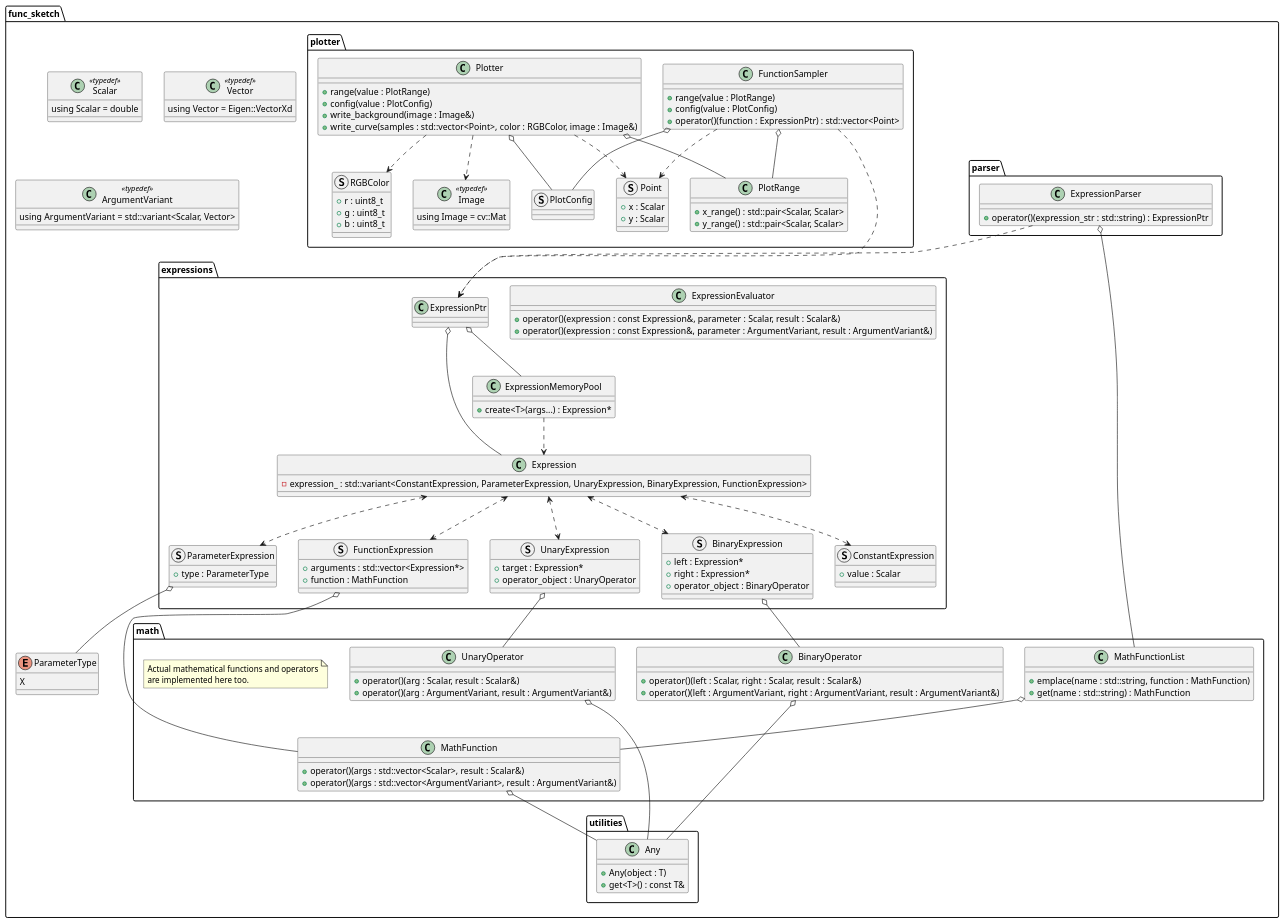
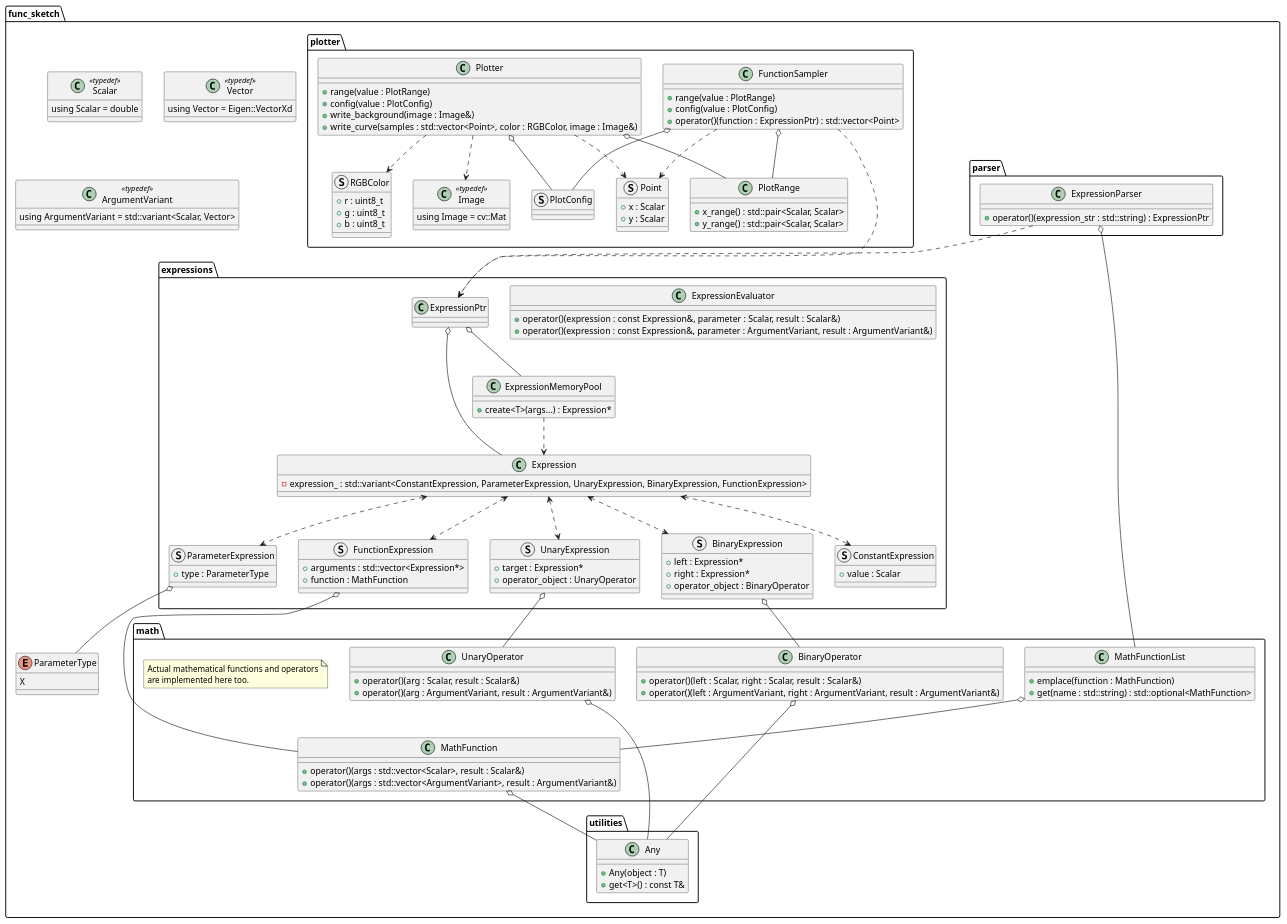
One commit to MusicScience37/FuncSketch changed the diagram in docs/sphinx/design_notes/classes_cpp.puml. Above: the diagram before and after it, drawn with PlantUML. The commit also changed 8 other files, not shown here.

```diff
--- a/docs/sphinx/design_notes/classes_cpp.puml
+++ b/docs/sphinx/design_notes/classes_cpp.puml
@@ -1,166 +1,166 @@
 @startuml classes_cpp
 
 package func_sketch {
     class Scalar <<typedef>> {
         using Scalar = double
     }
 
     class Vector <<typedef>> {
         using Vector = Eigen::VectorXd
     }
 
     class ArgumentVariant <<typedef>> {
         using ArgumentVariant = std::variant<Scalar, Vector>
     }
 
     enum ParameterType {
         X
     }
 
     package utilities {
         class Any {
             + Any(object : T)
             + get<T>() : const T&
         }
     }
 
     package math {
         class UnaryOperator {
             + operator()(arg : Scalar, result : Scalar&)
             + operator()(arg : ArgumentVariant, result : ArgumentVariant&)
         }
         UnaryOperator o-- Any
 
         class BinaryOperator {
             + operator()(left : Scalar, right : Scalar, result : Scalar&)
             + operator()(left : ArgumentVariant, right : ArgumentVariant, result : ArgumentVariant&)
         }
         BinaryOperator o-- Any
 
         class MathFunction {
             + operator()(args : std::vector<Scalar>, result : Scalar&)
             + operator()(args : std::vector<ArgumentVariant>, result : ArgumentVariant&)
         }
         MathFunction o-- Any
 
         class MathFunctionList {
-            + emplace(name : std::string, function : MathFunction)
-            + get(name : std::string) : MathFunction
+            + emplace(function : MathFunction)
+            + get(name : std::string) : std::optional<MathFunction>
         }
         MathFunctionList o-- MathFunction
 
         note as math_functions_note
             Actual mathematical functions and operators
             are implemented here too.
         end note
     }
 
     package expressions {
         class Expression {
             - expression_ : std::variant<ConstantExpression, ParameterExpression, UnaryExpression, BinaryExpression, FunctionExpression>
         }
 
         struct ConstantExpression {
             + value : Scalar
         }
         Expression <..> ConstantExpression
 
         struct ParameterExpression {
             + type : ParameterType
         }
         Expression <..> ParameterExpression
         ParameterExpression o-- ParameterType
 
         struct UnaryExpression {
             + target : Expression*
             + operator_object : UnaryOperator
         }
         Expression <..> UnaryExpression
         UnaryExpression o-- UnaryOperator
 
         struct BinaryExpression {
             + left : Expression*
             + right : Expression*
             + operator_object : BinaryOperator
         }
         Expression <..> BinaryExpression
         BinaryExpression o-- BinaryOperator
 
         struct FunctionExpression {
             + arguments : std::vector<Expression*>
             + function : MathFunction
         }
         Expression <..> FunctionExpression
         FunctionExpression o-- MathFunction
 
         class ExpressionMemoryPool {
             + create<T>(args...) : Expression*
         }
         ExpressionMemoryPool ..> Expression
 
         class ExpressionEvaluator {
             + operator()(expression : const Expression&, parameter : Scalar, result : Scalar&)
             + operator()(expression : const Expression&, parameter : ArgumentVariant, result : ArgumentVariant&)
         }
 
         class ExpressionPtr
         ExpressionPtr o-- Expression
         ExpressionPtr o-- ExpressionMemoryPool
     }
 
     package parser {
         class ExpressionParser {
             + operator()(expression_str : std::string) : ExpressionPtr
         }
         ExpressionParser o-- MathFunctionList
         ExpressionParser ..> ExpressionPtr
     }
 
     package plotter {
         struct RGBColor {
             + r : uint8_t
             + g : uint8_t
             + b : uint8_t
         }
 
         struct Point {
             + x : Scalar
             + y : Scalar
         }
 
         class Image <<typedef>> {
             using Image = cv::Mat
         }
 
         class PlotRange {
             + x_range() : std::pair<Scalar, Scalar>
             + y_range() : std::pair<Scalar, Scalar>
         }
 
         struct PlotConfig
 
         class FunctionSampler {
             + range(value : PlotRange)
             + config(value : PlotConfig)
             + operator()(function : ExpressionPtr) : std::vector<Point>
         }
         FunctionSampler o-- PlotRange
         FunctionSampler o-- PlotConfig
         FunctionSampler ...> ExpressionPtr
         FunctionSampler ..> Point
 
         class Plotter {
             + range(value : PlotRange)
             + config(value : PlotConfig)
             + write_background(image : Image&)
             + write_curve(samples : std::vector<Point>, color : RGBColor, image : Image&)
         }
         Plotter o-- PlotRange
         Plotter o-- PlotConfig
         Plotter ..> Point
         Plotter ..> RGBColor
         Plotter ..> Image
     }
 }
 
 @enduml
```
